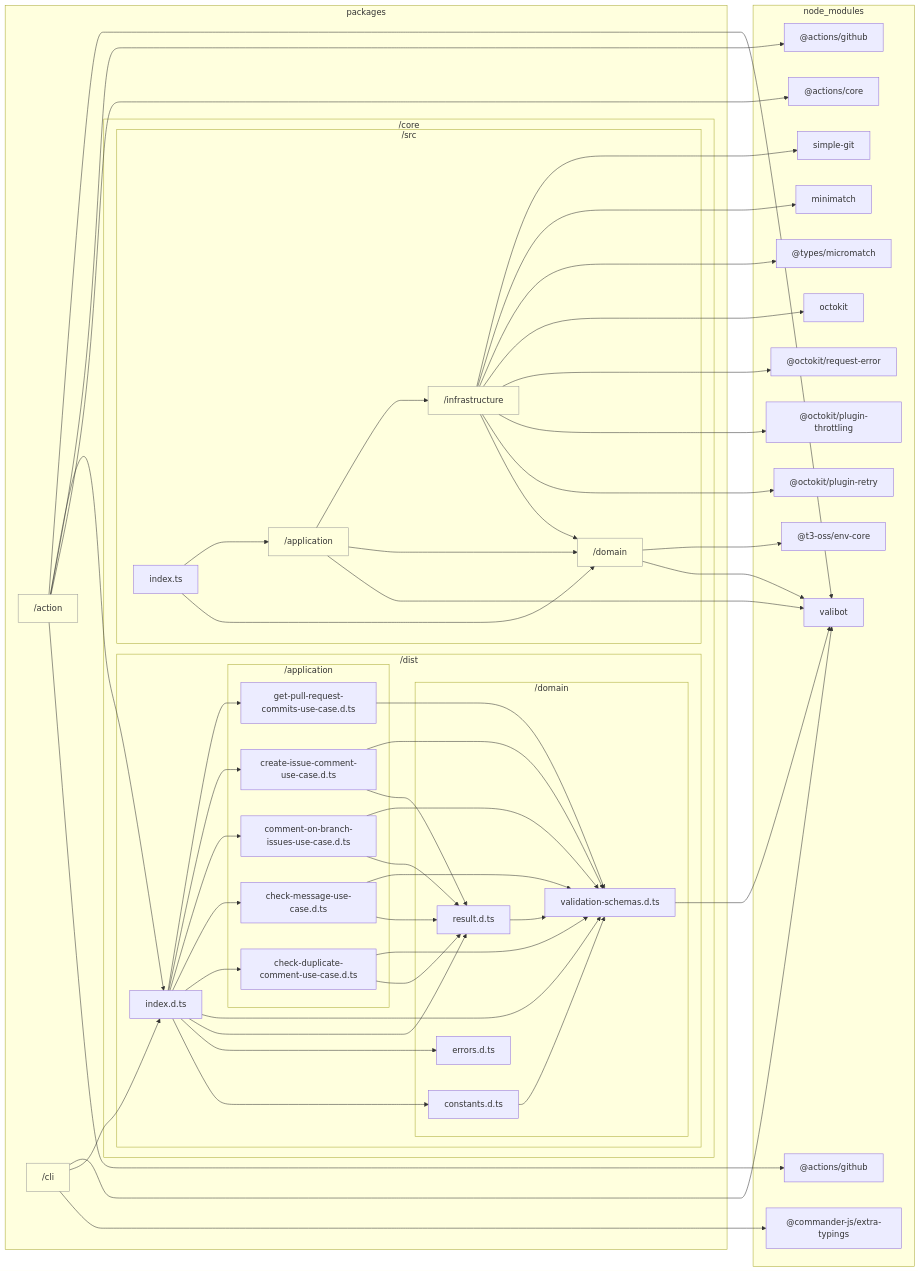
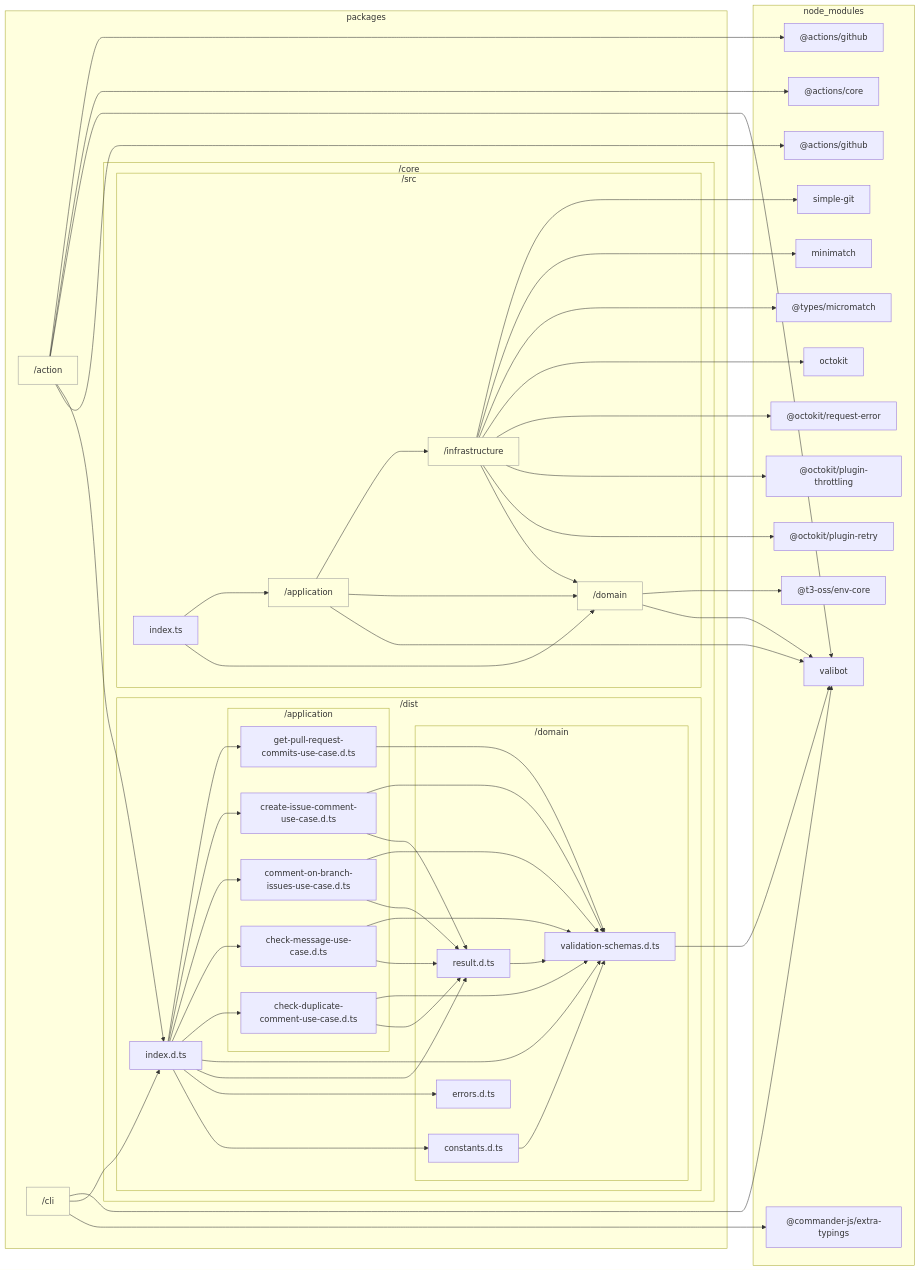
One commit to sugurutakahashi-1234/issue-linker changed the diagram in docs/reports/dependencies/core-architecture.md. Above: the diagram before and after it, drawn with Mermaid. The commit also changed other lines of this file and 8 other files, not shown here.

```diff
--- a/docs/reports/dependencies/core-architecture.md
+++ b/docs/reports/dependencies/core-architecture.md
@@ -72,10 +72,10 @@
     packages/core/dist/index.d.ts-->packages/core/dist/application/comment//on//branch//issues//use//case.d.ts
     packages/core/dist/index.d.ts-->packages/core/dist/application/create//issue//comment//use//case.d.ts
     packages/core/dist/index.d.ts-->packages/core/dist/application/get//pull//request//commits//use//case.d.ts
+    packages/action-->packages/core/dist/index.d.ts
+    packages/action-->node//modules/valibot/dist/index.d.cts
     packages/action-->node//modules///actions/core/lib/core.d.ts
     packages/action-->node//modules///actions/github/lib/github.d.ts
-    packages/action-->packages/core/dist/index.d.ts
-    packages/action-->node//modules/valibot/dist/index.d.cts
     packages/cli-->node//modules///commander//js/extra//typings/index.d.ts
     packages/cli-->packages/core/dist/index.d.ts
     packages/cli-->node//modules/valibot/dist/index.d.cts
```
